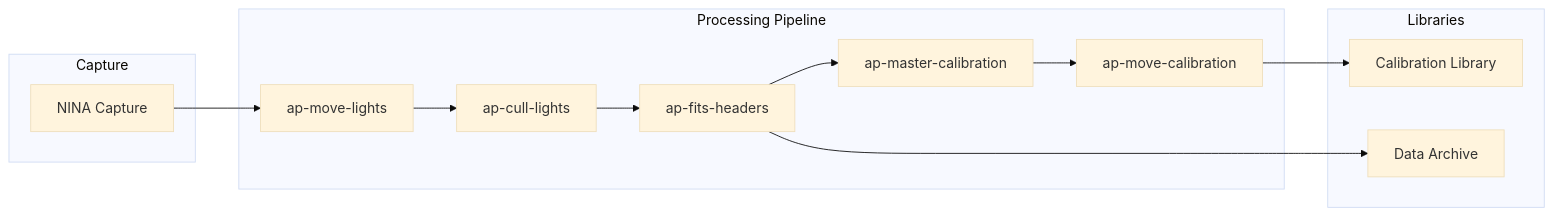
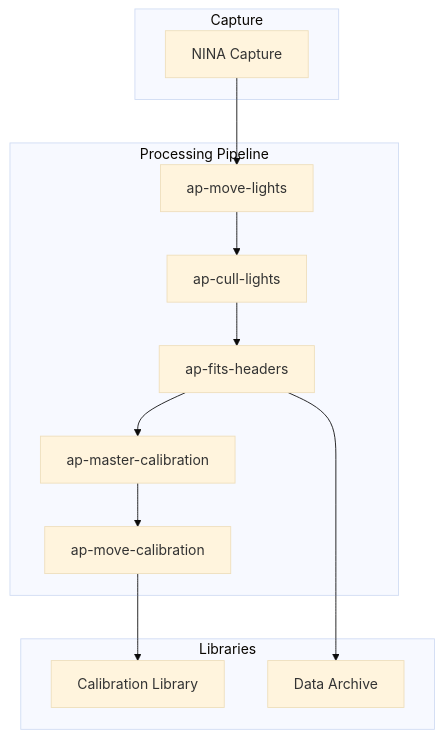
The diagram in docs/index.md (jewzaam/ap-base), drawn with Mermaid (base theme) before and after one commit. The commit also changed other lines of this file and 6 other files, not shown here.

````diff
--- a/docs/index.md
+++ b/docs/index.md
@@ -9,27 +9,27 @@
 ```mermaid
-flowchart LR
+flowchart TB
     subgraph Capture
         NINA[NINA Capture]
     end
 
     subgraph Processing["Processing Pipeline"]
         ML[ap-move-lights]
         CL[ap-cull-lights]
         FH[ap-fits-headers]
         MC[ap-master-calibration]
         MV[ap-move-calibration]
     end
 
     subgraph Libraries
         CAL[Calibration Library]
         DATA[Data Archive]
     end
 
     NINA --> ML
     ML --> CL
     CL --> FH
     FH --> MC
     MC --> MV
     MV --> CAL
     FH --> DATA
 ```
````
